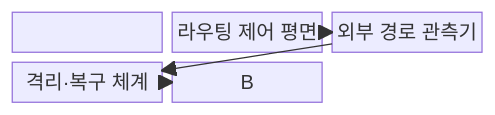
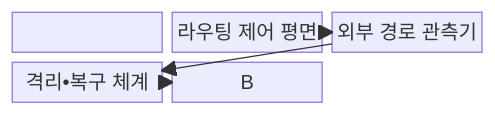
Before and after one commit to agnusdei1207/knowledge-base: the first of 2 diagrams in src/content/docs/notes/04-network/110_bgp_hijacking_prevention.md, drawn with Mermaid. The commit also changed other lines of this file and 953 other files, not shown here.

````diff
--- a/src/content/docs/notes/04-network/110_bgp_hijacking_prevention.md
+++ b/src/content/docs/notes/04-network/110_bgp_hijacking_prevention.md
@@ -64,8 +64,8 @@
 ```mermaid
 block
     columns 3
-    A["RPKI·IRR 신뢰원"] --> B["BGP 수용 필터"] --> C["라우팅 제어 평면"]
-    D["외부 경로 관측기"] --> E["격리·복구 체계"]
+    A["RPKI•IRR 신뢰원"] --> B["BGP 수용 필터"] --> C["라우팅 제어 평면"]
+    D["외부 경로 관측기"] --> E["격리•복구 체계"]
     C --> D
     E --> B
 ```
````
